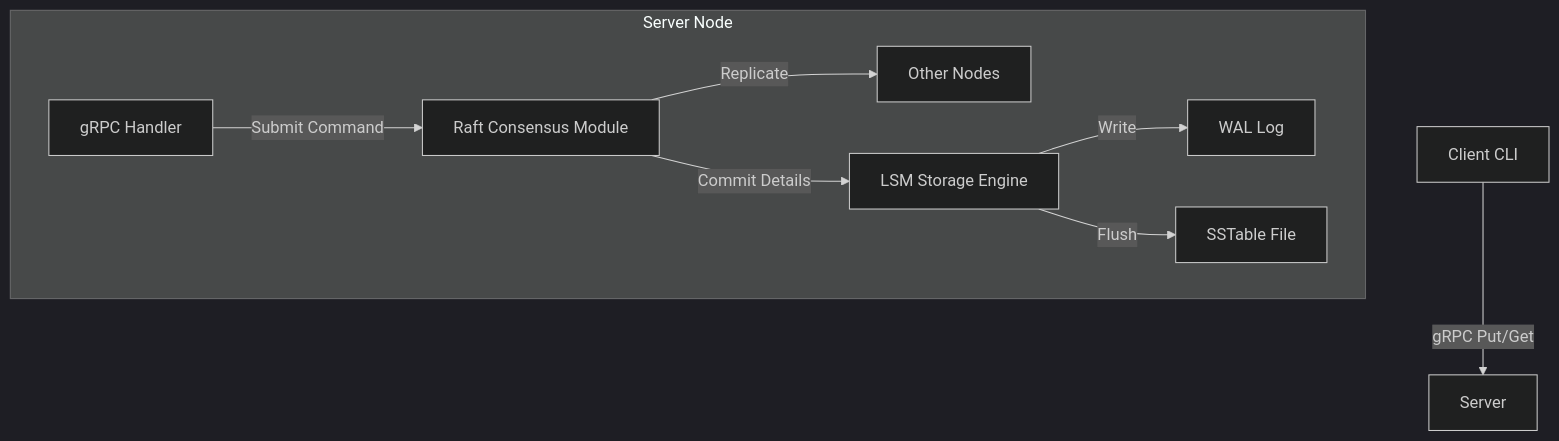
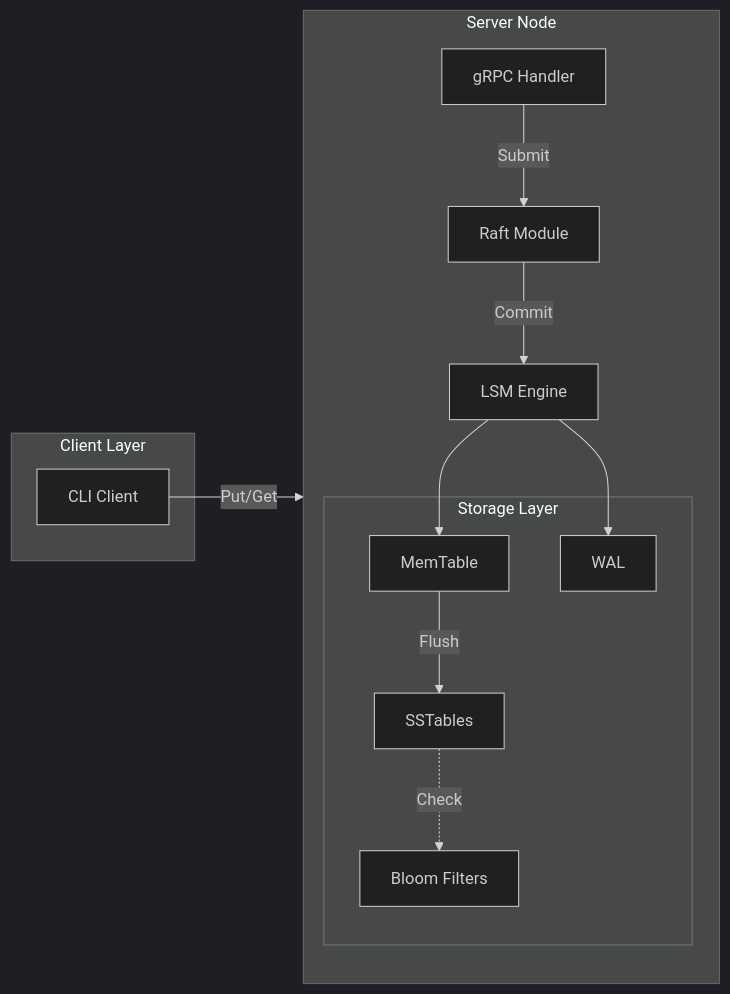
Before and after one commit to ThaRealJozef/DistroKV: the diagram in README.md, drawn with Mermaid (dark theme). The commit also changed other lines of this file and 4 other files, not shown here.

Commit message:
feat: Implement initial Raft consensus, gRPC server, and client for the distributed key-value store.

````diff
--- a/README.md
+++ b/README.md
@@ -22,15 +48,28 @@
 ```mermaid
-graph TD
-    Client[Client CLI] -->|gRPC Put/Get| Server
-    subgraph Server Node
-        RPC[gRPC Handler]
-        Raft[Raft Consensus Module]
-        LSM[LSM Storage Engine]
+graph LR
+    subgraph "Client Layer"
+        CLI[CLI Client]
+    end
+    
+    subgraph "Server Node"
+        direction TB
+        GRPC[gRPC Handler]
+        RAFT[Raft Module]
+        LSM[LSM Engine]
         
-        RPC -->|Submit Command| Raft
-        Raft -->|Replicate| Peers[Other Nodes]
-        Raft -->|Commit Details| LSM
-        LSM -->|Write| WAL[WAL Log]
-        LSM -->|Flush| SST[SSTable File]
+        subgraph "Storage Layer"
+            MEM[MemTable]
+            WAL[WAL]
+            SST[SSTables]
+            BF[Bloom Filters]
+        end
     end
+    
+    CLI -->|Put/Get| GRPC
+    GRPC -->|Submit| RAFT
+    RAFT -->|Commit| LSM
+    LSM --> MEM
+    LSM --> WAL
+    MEM -->|Flush| SST
+    SST -.->|Check| BF
 ```
````
